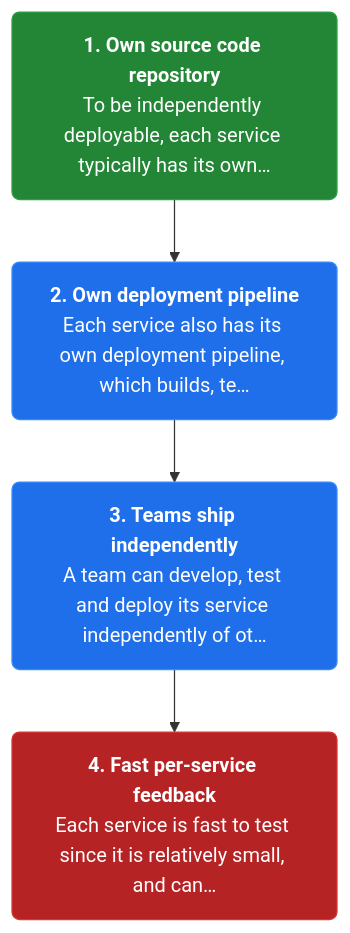
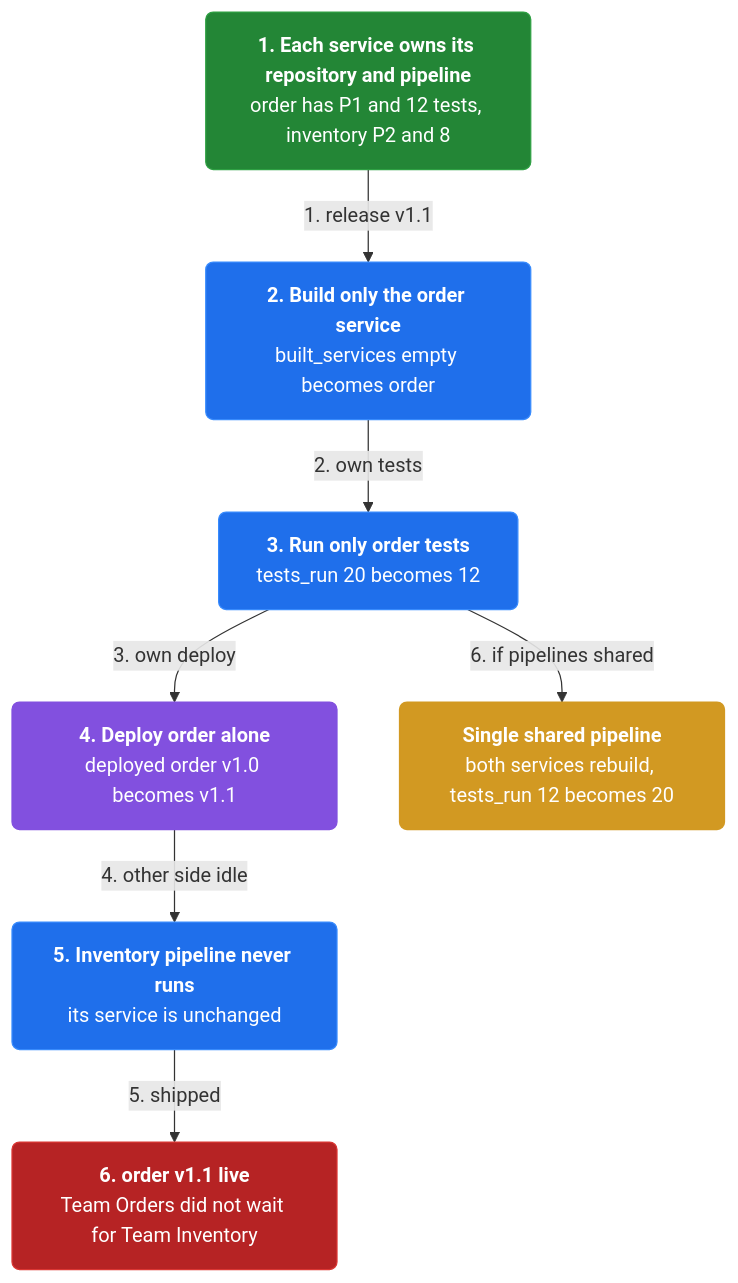
The second of 4 diagrams in docs/ch02-microservice-architecture.md (vinayakuber/microservices-io-study-guide), drawn with Mermaid before and after one commit. The commit also changed other lines of this file and 46 other files, not shown here.

First line of the commit message:
Author rich branching flow diagrams for all 44 chapters

````diff
--- a/docs/ch02-microservice-architecture.md
+++ b/docs/ch02-microservice-architecture.md
@@ -54,13 +62,21 @@
 ```mermaid
 flowchart TD
-  classDef step fill:#1f6feb,color:#ffffff,stroke:#388bfd,stroke-width:1px,rx:6
+  classDef step fill:#1f6feb,color:#ffffff,stroke:#388bfd,rx:6
+  classDef core fill:#8250df,color:#ffffff,stroke:#8250df,rx:6
+  classDef warn fill:#d29922,color:#ffffff,stroke:#d29922,rx:6
   classDef start fill:#238636,color:#ffffff,stroke:#2ea043,rx:6
   classDef stop fill:#b62324,color:#ffffff,stroke:#da3633,rx:6
-  s1n0["<b>1. Own source code repository</b><br/>To be independently deployable, each service typically has its own…"]:::start
-  s1n1["<b>2. Own deployment pipeline</b><br/>Each service also has its own deployment pipeline, which builds, te…"]:::step
-  s1n2["<b>3. Teams ship independently</b><br/>A team can develop, test and deploy its service independently of ot…"]:::step
-  s1n3["<b>4. Fast per-service feedback</b><br/>Each service is fast to test since it is relatively small, and can…"]:::stop
-  s1n0 --> s1n1
-  s1n1 --> s1n2
-  s1n2 --> s1n3
+  n0["<b>1. Each service owns its repository and pipeline</b><br/>order has P1 and 12 tests, inventory P2 and 8"]:::start
+  n1["<b>2. Build only the order service</b><br/>built_services empty becomes order"]:::step
+  n2["<b>3. Run only order tests</b><br/>tests_run 20 becomes 12"]:::step
+  n3["<b>4. Deploy order alone</b><br/>deployed order v1.0 becomes v1.1"]:::core
+  n4["<b>5. Inventory pipeline never runs</b><br/>its service is unchanged"]:::step
+  n5["<b>6. order v1.1 live</b><br/>Team Orders did not wait for Team Inventory"]:::stop
+  n6["<b>Single shared pipeline</b><br/>both services rebuild, tests_run 12 becomes 20"]:::warn
+  n0 -->|"1. release v1.1"| n1
+  n1 -->|"2. own tests"| n2
+  n2 -->|"3. own deploy"| n3
+  n3 -->|"4. other side idle"| n4
+  n4 -->|"5. shipped"| n5
+  n2 -->|"6. if pipelines shared"| n6
 ```
````
